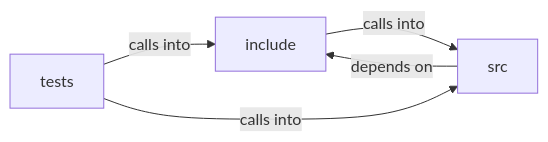
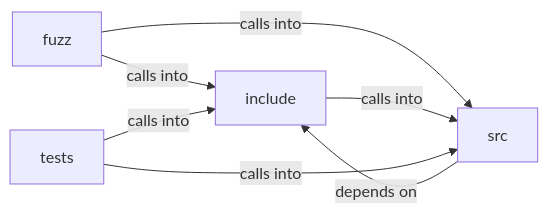
One commit to grisuno/FreeDom changed the diagram in readmenator-diagrams/include_svg_render.md. Above: the diagram before and after it, drawn with Mermaid. The commit also changed other lines of this file and 244 other files, not shown here.

````diff
--- a/readmenator-diagrams/include_svg_render.md
+++ b/readmenator-diagrams/include_svg_render.md
@@ -5,10 +5,13 @@
 ```mermaid
 graph LR
+    fuzz["fuzz"]
     include["include"]
     src["src"]
     tests["tests"]
+    fuzz -- "calls into" --> include
+    fuzz -- "calls into" --> src
     include -- "calls into" --> src
     src -- "depends on" --> include
     tests -- "calls into" --> include
     tests -- "calls into" --> src
 ```
````
